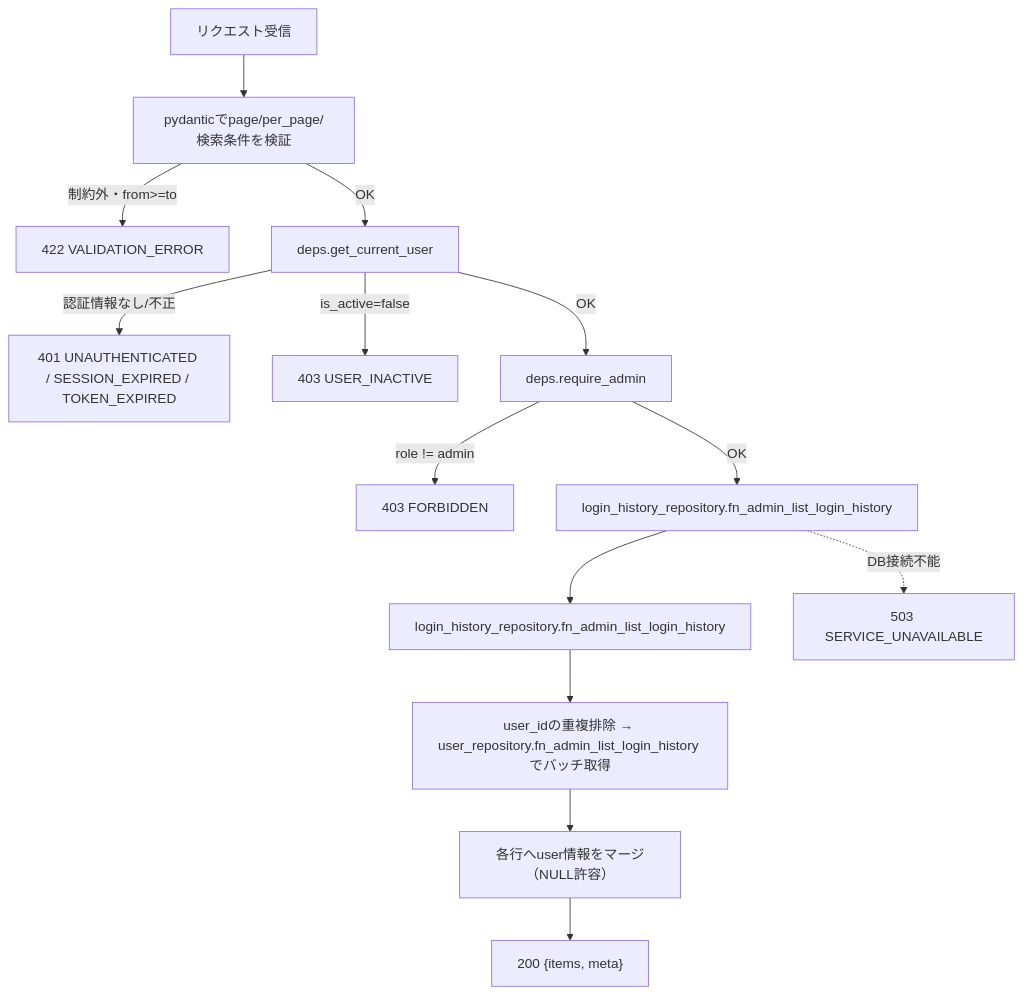
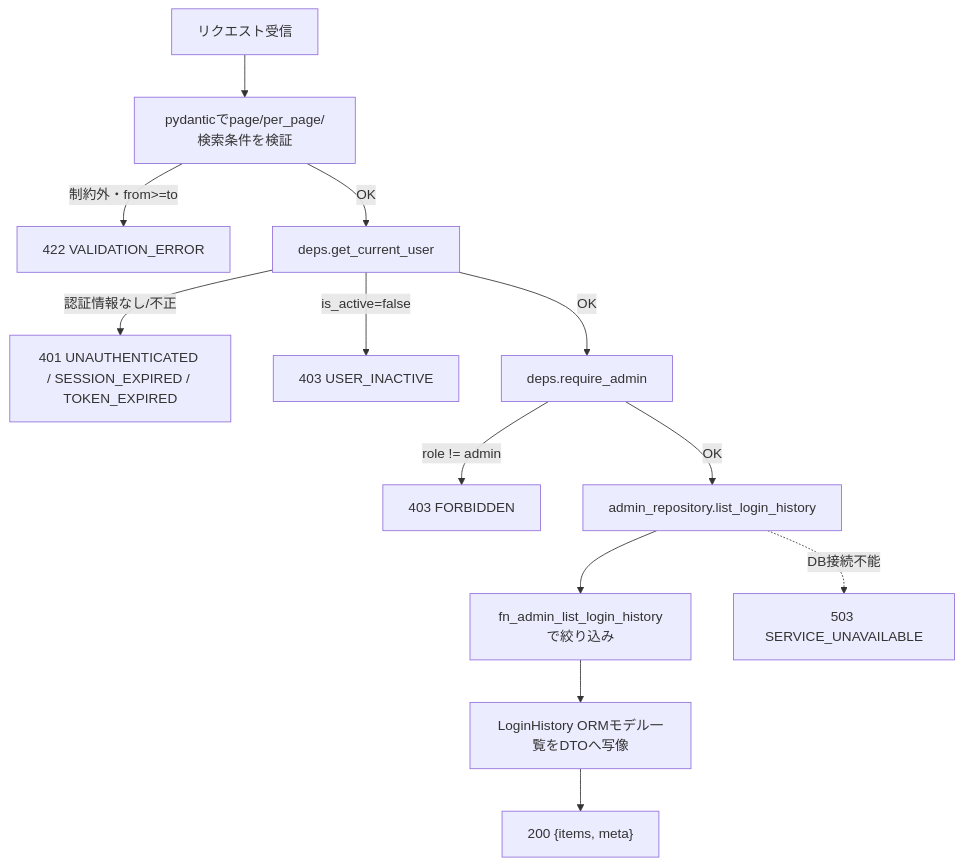
One commit to oikawa-d/task_management changed the second of 4 diagrams in docs/detailed_design/api/admin/07_get_admin_login_history.md. Above: the diagram before and after it, drawn with Mermaid. The commit also changed other lines of this file and 2 other files, not shown here.

````diff
--- a/docs/detailed_design/api/admin/07_get_admin_login_history.md
+++ b/docs/detailed_design/api/admin/07_get_admin_login_history.md
@@ -140,16 +131,15 @@
 ```mermaid
 flowchart TB
     A["リクエスト受信"] --> B["pydanticでpage/per_page/検索条件を検証"]
     B -->|"制約外・from>=to"| B1["422 VALIDATION_ERROR"]
     B -->|"OK"| C["deps.get_current_user"]
     C -->|"認証情報なし/不正"| C1["401 UNAUTHENTICATED / SESSION_EXPIRED / TOKEN_EXPIRED"]
     C -->|"is_active=false"| C2["403 USER_INACTIVE"]
     C -->|"OK"| E["deps.require_admin"]
     E -->|"role != admin"| E1["403 FORBIDDEN"]
-    E -->|"OK"| F["login_history_repository.fn_admin_list_login_history"]
-    F --> G["login_history_repository.fn_admin_list_login_history"]
-    G --> H["user_idの重複排除 → user_repository.fn_admin_list_login_history でバッチ取得"]
-    H --> I["各行へuser情報をマージ（NULL許容）"]
-    I --> J["200 {items, meta}"]
-    F -.->|"DB接続不能"| K["503 SERVICE_UNAVAILABLE"]
+    E -->|"OK"| F["admin_repository.list_login_history"]
+    F --> G["fn_admin_list_login_historyで絞り込み"]
+    G --> H["LoginHistory ORMモデル一覧をDTOへ写像"]
+    H --> I["200 {items, meta}"]
+    F -.->|"DB接続不能"| J["503 SERVICE_UNAVAILABLE"]
 ```
````
